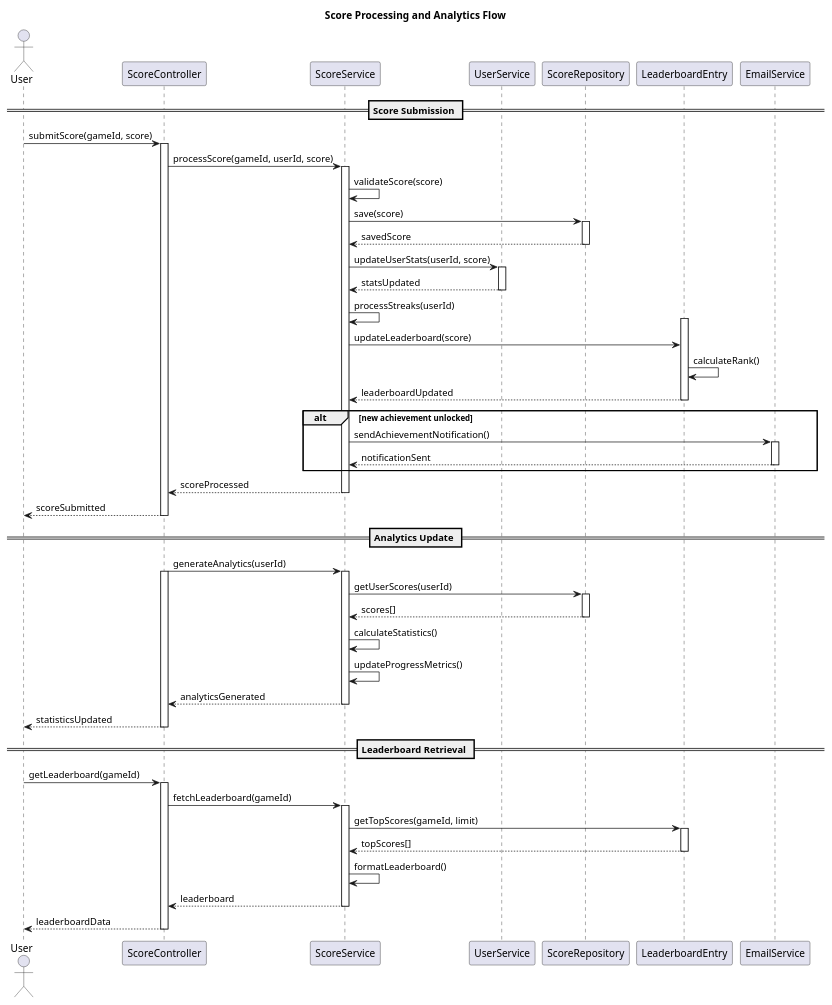
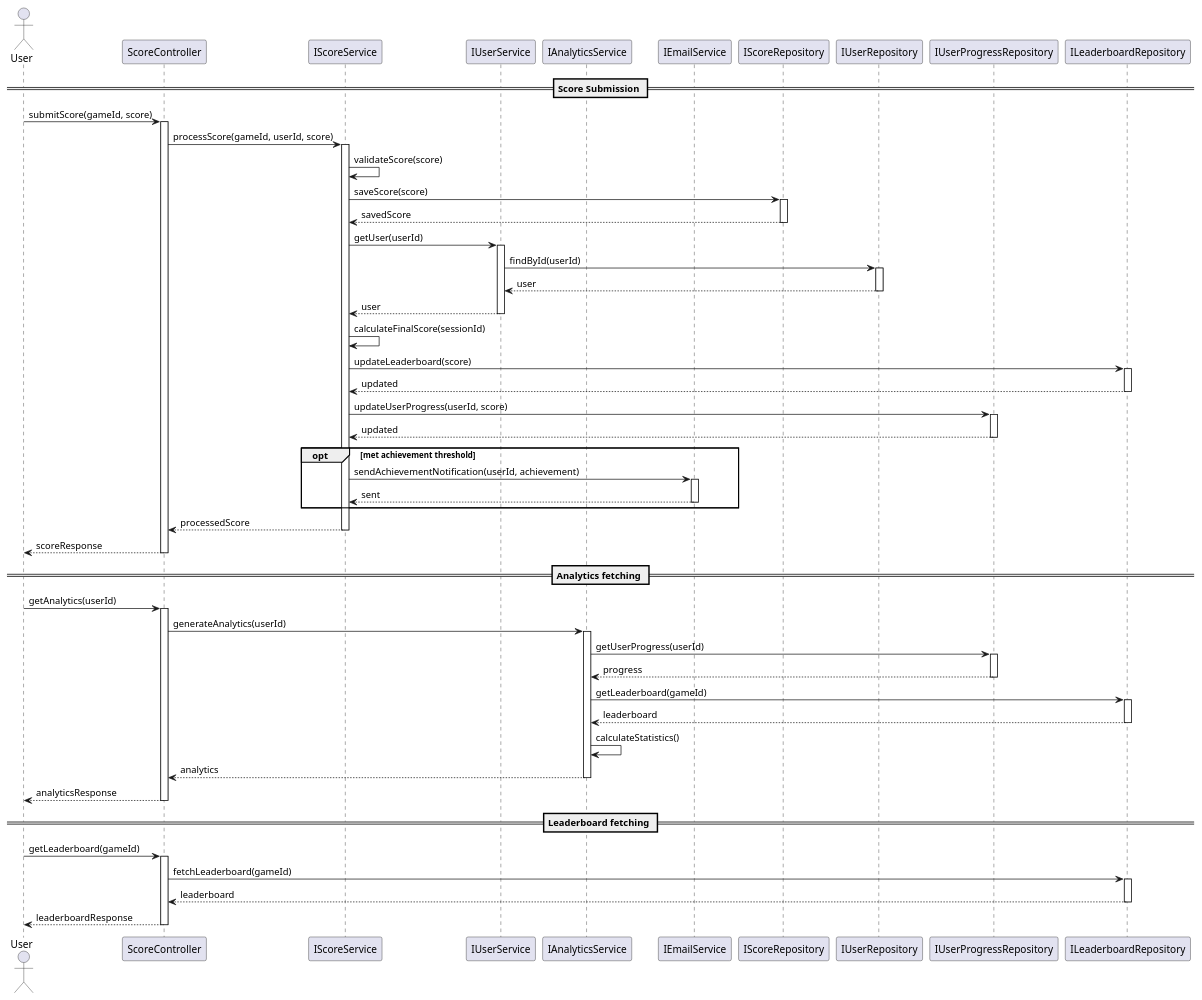
The diagram in docs/Sequence/sequence-score-processing.puml (Saukys/se-24-psi2), drawn with PlantUML before and after one commit. The commit also changed 6 other files, not shown here.

Commit message:
Update deployment and sequence diagrams with detailed specifications for CI/CD pipeline, client, app service, data storage, and external services. Refine authentication and game session flow diagrams for clarity and accuracy.

```diff
--- a/docs/Sequence/sequence-score-processing.puml
+++ b/docs/Sequence/sequence-score-processing.puml
@@ -1,136 +1,118 @@
 @startuml
 ' =============================================
-' Score Processing and Analytics Sequence Diagram
+' Score Processing and Analytics Flow
 ' =============================================
-' This diagram illustrates the complete flow of score processing,
-' analytics generation, and leaderboard management in the platform.
+' This diagram represents the flow of score processing and analytics generation
+' in the educational game platform.
 '
 ' Key Participants:
-' - User: Player submitting scores and viewing analytics
+' - User: The player submitting scores
 ' - ScoreController: Handles score-related HTTP requests
-' - ScoreService: Processes scores and manages analytics
-' - UserService: Updates user statistics
-' - ScoreRepository: Stores score data
-' - LeaderboardEntry: Manages leaderboard rankings
-' - EmailService: Sends achievement notifications
+' - IScoreService: Core score processing logic
+' - IUserService: User-related operations
+' - IAnalyticsService: Analytics generation
+' - IEmailService: Notification handling
+' - IScoreRepository: Score persistence
+' - IUserRepository: User data access
+' - IUserProgressRepository: Progress tracking
+' - ILeaderboardRepository: Leaderboard management
 '
 ' Main Flows:
-' 1. Score Submission
-'    - Score validation and storage
-'    - User stats update
-'    - Streak processing
-'    - Leaderboard update
-'    - Achievement checking
-'
-' 2. Analytics Update
-'    - Score retrieval
-'    - Statistics calculation
-'    - Progress metrics update
-'
-' 3. Leaderboard Retrieval
-'    - Top scores fetching
-'    - Leaderboard formatting
-'    - Data presentation
-'
-' Key Features:
-' - Real-time score processing
-' - User statistics tracking
-' - Achievement system integration
-' - Analytics generation
-' - Leaderboard management
+' 1. Score Submission: User submits a score for a game
+' 2. Analytics Update: System updates user and group analytics
+' 3. Leaderboard Update: System updates relevant leaderboards
 ' =============================================
 
-title Score Processing and Analytics Flow
+actor User
+participant "ScoreController" as SC
+participant "IScoreService" as SS
+participant "IUserService" as US
+participant "IAnalyticsService" as AS
+participant "IEmailService" as ES
+participant "IScoreRepository" as SR
+participant "IUserRepository" as UR
+participant "IUserProgressRepository" as UPR
+participant "ILeaderboardRepository" as LR
 
-actor User
-participant ScoreController
-participant ScoreService
-participant UserService
-participant ScoreRepository
-participant LeaderboardEntry
-participant EmailService
+' Score Submission Flow
+== Score Submission ==
+User -> SC: submitScore(gameId, score)
+activate SC
+SC -> SS: processScore(gameId, userId, score)
+activate SS
 
-== Score Submission ==
+SS -> SS: validateScore(score)
 
-User -> ScoreController: submitScore(gameId, score)
-activate ScoreController
+SS -> SR: saveScore(score)
+activate SR
+SR --> SS: savedScore
+deactivate SR
 
-ScoreController -> ScoreService: processScore(gameId, userId, score)
-activate ScoreService
+SS -> US: getUser(userId)
+activate US
+US -> UR: findById(userId)
+activate UR
+UR --> US: user
+deactivate UR
+US --> SS: user
+deactivate US
+SS -> SS: calculateFinalScore(sessionId)
+SS -> LR: updateLeaderboard(score)
+activate LR
+LR --> SS: updated
+deactivate LR
 
-ScoreService -> ScoreService: validateScore(score)
-ScoreService -> ScoreRepository: save(score)
-activate ScoreRepository
-ScoreRepository --> ScoreService: savedScore
-deactivate ScoreRepository
+SS -> UPR: updateUserProgress(userId, score)
+activate UPR
+UPR --> SS: updated
+deactivate UPR
 
-ScoreService -> UserService: updateUserStats(userId, score)
-activate UserService
-UserService --> ScoreService: statsUpdated
-deactivate UserService
+deactivate AS
 
-ScoreService -> ScoreService: processStreaks(userId)
-activate LeaderboardEntry
-
-ScoreService -> LeaderboardEntry: updateLeaderboard(score)
-LeaderboardEntry -> LeaderboardEntry: calculateRank()
-LeaderboardEntry --> ScoreService: leaderboardUpdated
-
-deactivate LeaderboardEntry
-
-alt new achievement unlocked
-    ScoreService -> EmailService: sendAchievementNotification()
-    activate EmailService
-    EmailService --> ScoreService: notificationSent
-    deactivate EmailService
+opt met achievement threshold
+SS -> ES: sendAchievementNotification(userId, achievement)
+activate ES
+ES --> SS: sent
+deactivate ES
 end
 
-ScoreService --> ScoreController: scoreProcessed
-deactivate ScoreService
+SS --> SC: processedScore
+deactivate SS
+SC --> User: scoreResponse
+deactivate SC
 
-ScoreController --> User: scoreSubmitted
-deactivate ScoreController
+' Analytics Update Flow
+== Analytics fetching ==
+User -> SC: getAnalytics(userId)
+activate SC
+SC -> AS: generateAnalytics(userId)
+activate AS
 
-== Analytics Update ==
+AS -> UPR: getUserProgress(userId)
+activate UPR
+UPR --> AS: progress
+deactivate UPR
 
-ScoreController -> ScoreService: generateAnalytics(userId)
-activate ScoreController
-activate ScoreService
+AS -> LR: getLeaderboard(gameId)
+activate LR
+LR --> AS: leaderboard
+deactivate LR
 
-ScoreService -> ScoreRepository: getUserScores(userId)
-activate ScoreRepository
-ScoreRepository --> ScoreService: scores[]
-deactivate ScoreRepository
+AS -> AS: calculateStatistics()
+AS --> SC: analytics
+deactivate AS
+SC --> User: analyticsResponse
+deactivate SC
 
-ScoreService -> ScoreService: calculateStatistics()
-ScoreService -> ScoreService: updateProgressMetrics()
-
-
-
-ScoreService --> ScoreController: analyticsGenerated
-deactivate ScoreService
-
-ScoreController --> User: statisticsUpdated
-deactivate ScoreController
-
-== Leaderboard Retrieval ==
-
-User -> ScoreController: getLeaderboard(gameId)
-activate ScoreController
-
-ScoreController -> ScoreService: fetchLeaderboard(gameId)
-activate ScoreService
-
-ScoreService -> LeaderboardEntry: getTopScores(gameId, limit)
-activate LeaderboardEntry
-LeaderboardEntry --> ScoreService: topScores[]
-deactivate LeaderboardEntry
-
-ScoreService -> ScoreService: formatLeaderboard()
-ScoreService --> ScoreController: leaderboard
-deactivate ScoreService
-
-ScoreController --> User: leaderboardData
-deactivate ScoreController
+    ' Leaderboard Flow
+== Leaderboard fetching ==
+User -> SC: getLeaderboard(gameId)
+activate SC
+SC -> LR: fetchLeaderboard(gameId)
+activate LR
+LR --> SC: leaderboard
+deactivate LR
+SC --> User: leaderboardResponse
+deactivate SC
 
 @enduml 
```
